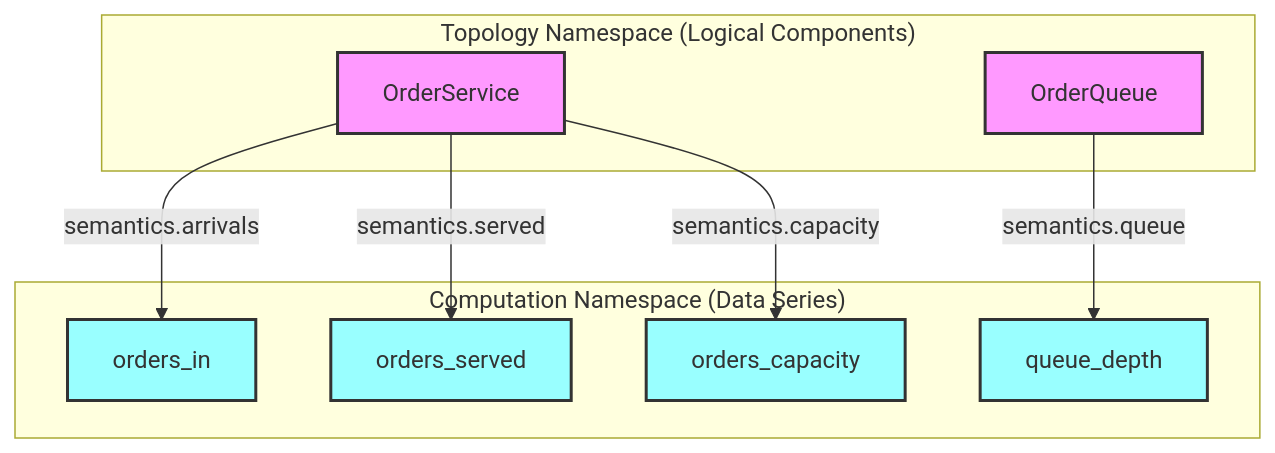
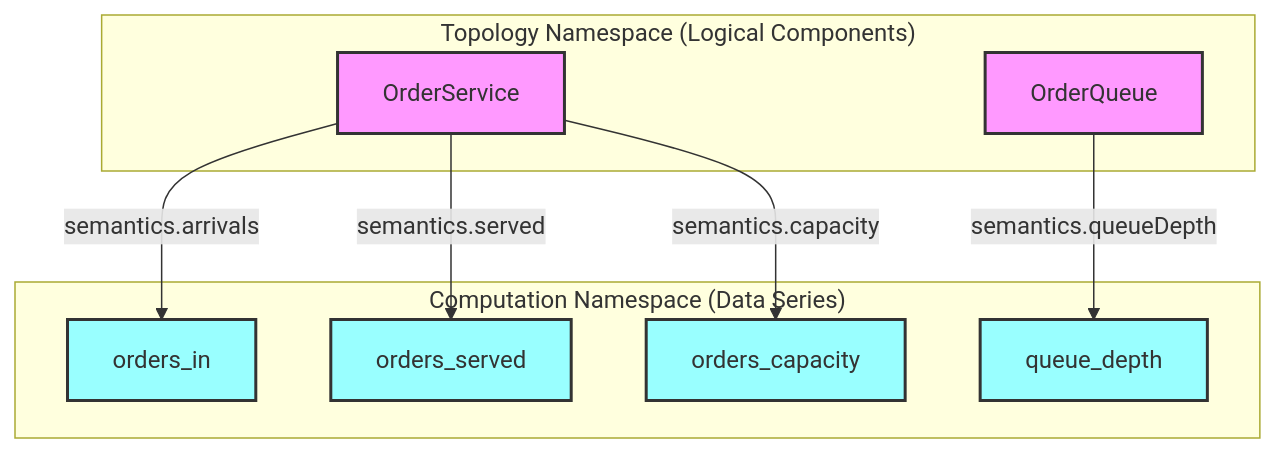
One commit to 23min/FlowTime changed the third of 5 diagrams in docs-sim/architecture/flowtime_sim_plan_ch4.md. Above: the diagram before and after it, drawn with Mermaid. The commit also changed other lines of this file and 34 other files, not shown here.

````diff
--- a/docs-sim/architecture/flowtime_sim_plan_ch4.md
+++ b/docs-sim/architecture/flowtime_sim_plan_ch4.md
@@ -438,26 +438,26 @@
 ```mermaid
 graph TB
     subgraph "Topology Namespace (Logical Components)"
         T1[OrderService]
         T2[OrderQueue]
     end
     
     subgraph "Computation Namespace (Data Series)"
         C1[orders_in]
         C2[orders_served]
         C3[orders_capacity]
         C4[queue_depth]
     end
     
     T1 -->|semantics.arrivals| C1
     T1 -->|semantics.served| C2
     T1 -->|semantics.capacity| C3
-    T2 -->|semantics.queue| C4
+    T2 -->|semantics.queueDepth| C4
     
     style T1 fill:#f9f,stroke:#333,stroke-width:2px
     style T2 fill:#f9f,stroke:#333,stroke-width:2px
     style C1 fill:#9ff,stroke:#333,stroke-width:2px
     style C2 fill:#9ff,stroke:#333,stroke-width:2px
     style C3 fill:#9ff,stroke:#333,stroke-width:2px
     style C4 fill:#9ff,stroke:#333,stroke-width:2px
 ```
````
